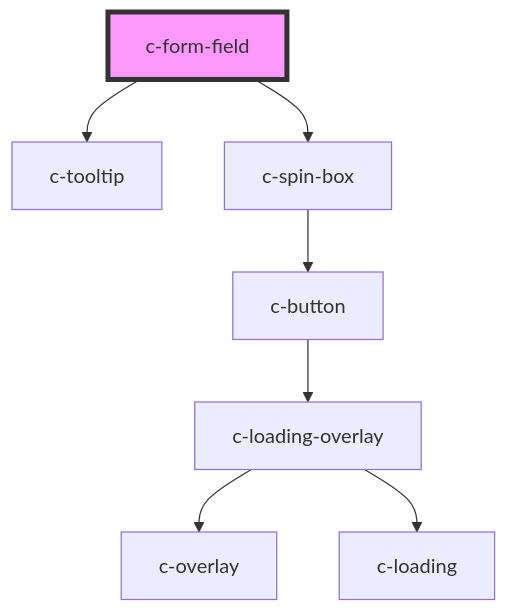
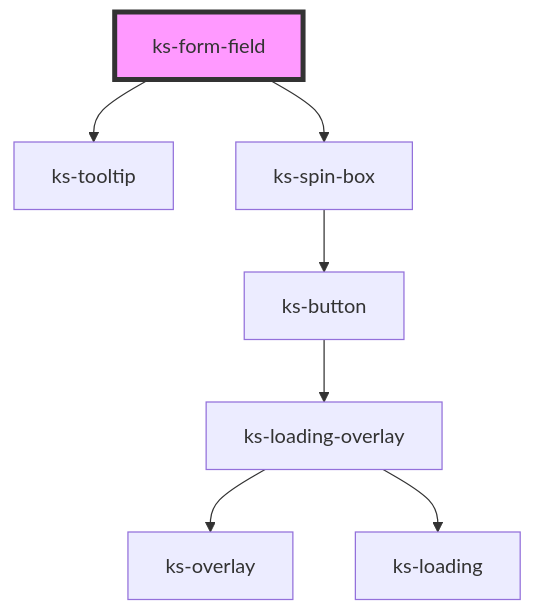
Before and after one commit to kickstand-ui/kickstand-ui: the diagram in src/scripts/components/form-field/readme.md, drawn with Mermaid. The commit also changed other lines of this file and 49 other files, not shown here.

````diff
--- a/src/scripts/components/form-field/readme.md
+++ b/src/scripts/components/form-field/readme.md
@@ -43,10 +43,10 @@
 ```mermaid
 graph TD;
-  c-form-field --> c-tooltip
-  c-form-field --> c-spin-box
-  c-spin-box --> c-button
-  c-button --> c-loading-overlay
-  c-loading-overlay --> c-overlay
-  c-loading-overlay --> c-loading
-  style c-form-field fill:#f9f,stroke:#333,stroke-width:4px
+  ks-form-field --> ks-tooltip
+  ks-form-field --> ks-spin-box
+  ks-spin-box --> ks-button
+  ks-button --> ks-loading-overlay
+  ks-loading-overlay --> ks-overlay
+  ks-loading-overlay --> ks-loading
+  style ks-form-field fill:#f9f,stroke:#333,stroke-width:4px
 ```
````
